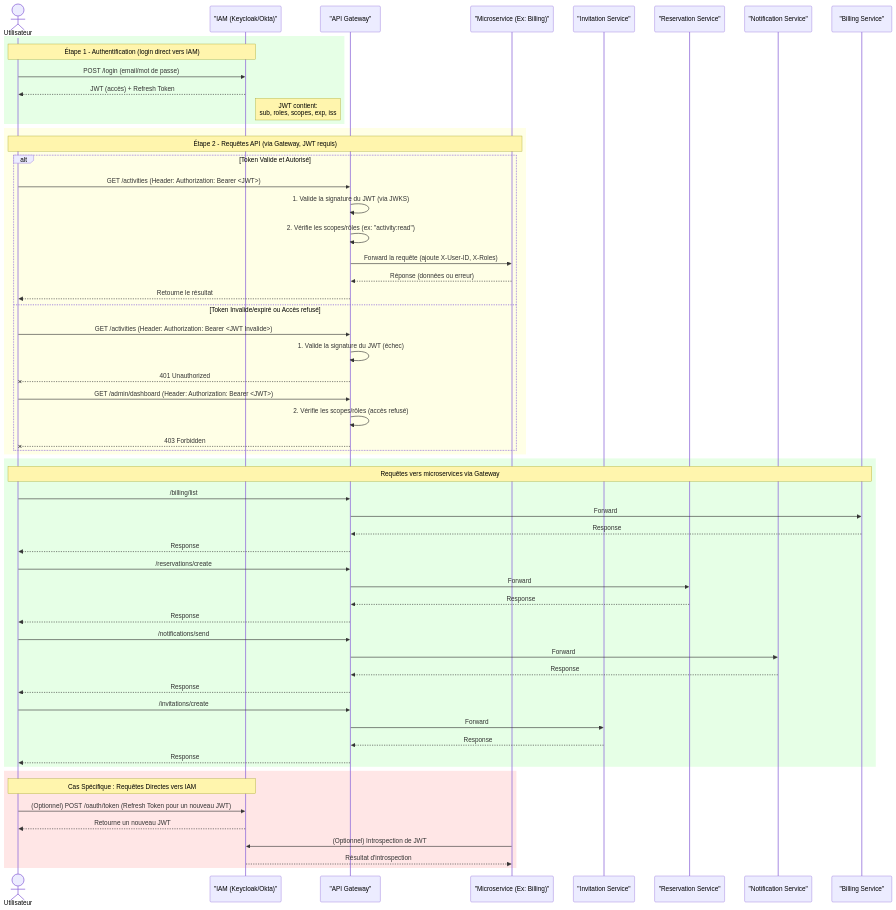
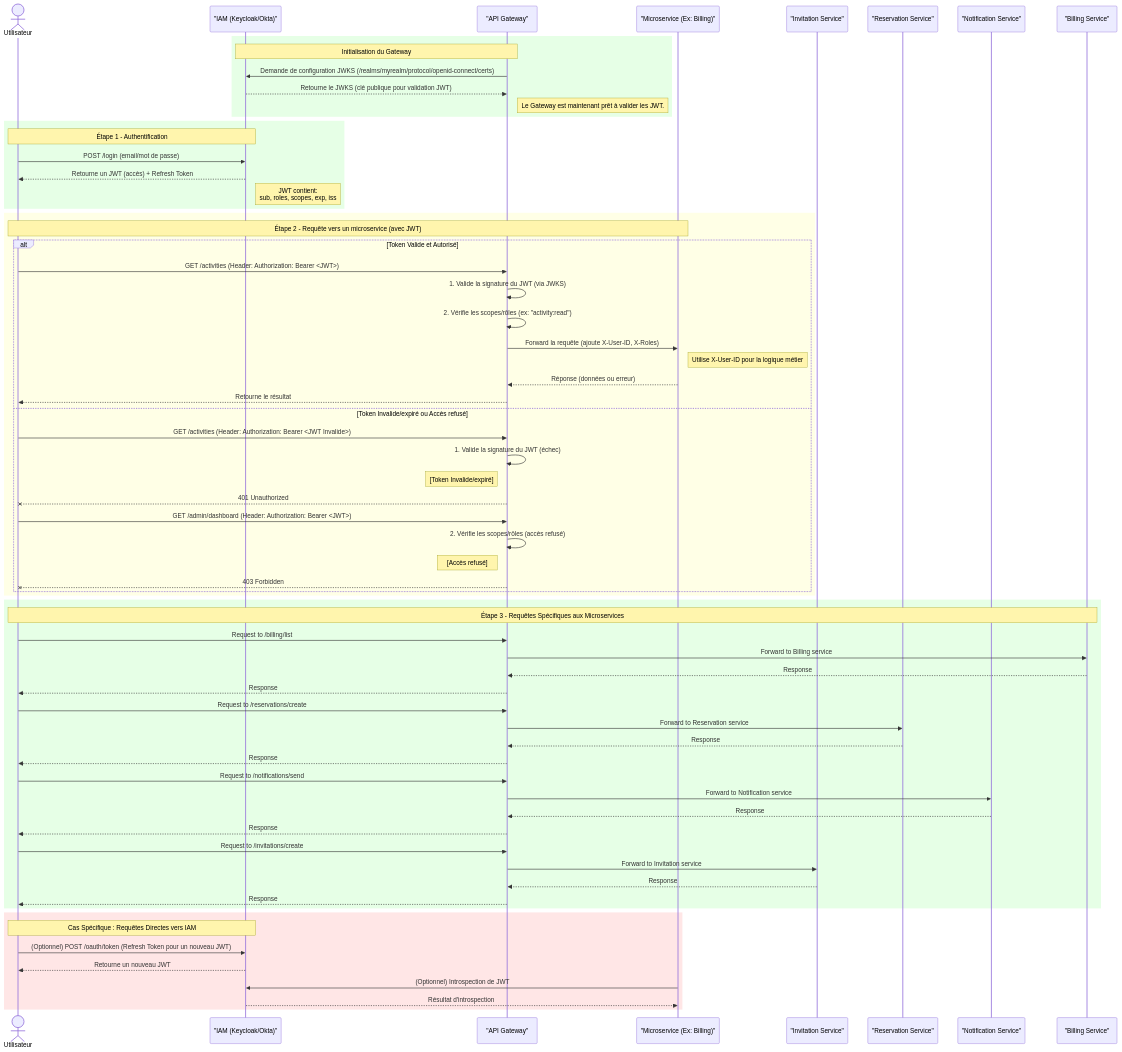
Before and after one commit to Project-In3-Uds/amcloud-gateway: the diagram in README.md, drawn with Mermaid.

Commit message:
update readme file

```diff
--- a/README.md
+++ b/README.md
@@ -115,61 +113,72 @@
     participant Notification as "Notification Service"
     participant Billing as "Billing Service"
 
-    %% Authentification - direct vers IAM
+    %% Initialisation du Gateway
     rect rgb(230, 255, 230)
-        Note over Utilisateur, IAM: Étape 1 - Authentification (login direct vers IAM)
+        Note over Gateway, IAM: Initialisation du Gateway
+        Gateway->>IAM: Demande de configuration JWKS (/realms/myrealm/protocol/openid-connect/certs)
+        IAM-->>Gateway: Retourne le JWKS (clé publique pour validation JWT)
+        Note right of Gateway: Le Gateway est maintenant prêt à valider les JWT.
+    end
+
+    %% Étape 1 - Authentification
+    rect rgb(230, 255, 230)
+        Note over Utilisateur, IAM: Étape 1 - Authentification
         Utilisateur->>IAM: POST /login (email/mot de passe)
-        IAM-->>Utilisateur: JWT (accès) + Refresh Token
+        IAM-->>Utilisateur: Retourne un JWT (accès) + Refresh Token
         Note right of IAM: JWT contient:<br>sub, roles, scopes, exp, iss
     end
 
-    %% Accès API via Gateway (JWT requis)
+    %% Étape 2 - Requête vers un microservice (avec JWT)
     rect rgb(255, 255, 230)
-        Note over Utilisateur, Microservice: Étape 2 - Requêtes API (via Gateway, JWT requis)
+        Note over Utilisateur, Microservice: Étape 2 - Requête vers un microservice (avec JWT)
 
         alt Token Valide et Autorisé
             Utilisateur->>Gateway: GET /activities (Header: Authorization: Bearer <JWT>)
             Gateway->>Gateway: 1. Valide la signature du JWT (via JWKS)
             Gateway->>Gateway: 2. Vérifie les scopes/rôles (ex: "activity:read")
             Gateway->>Microservice: Forward la requête (ajoute X-User-ID, X-Roles)
+            Note right of Microservice: Utilise X-User-ID pour la logique métier
             Microservice-->>Gateway: Réponse (données ou erreur)
             Gateway-->>Utilisateur: Retourne le résultat
         else Token Invalide/expiré ou Accès refusé
             Utilisateur->>Gateway: GET /activities (Header: Authorization: Bearer <JWT Invalide>)
             Gateway->>Gateway: 1. Valide la signature du JWT (échec)
+            Note left of Gateway: [Token Invalide/expiré]
             Gateway--xUtilisateur: 401 Unauthorized
 
             Utilisateur->>Gateway: GET /admin/dashboard (Header: Authorization: Bearer <JWT>)
             Gateway->>Gateway: 2. Vérifie les scopes/rôles (accès refusé)
+            Note left of Gateway: [Accès refusé]
             Gateway--xUtilisateur: 403 Forbidden
         end
     end
 
-    %% Exemples de routage vers différents services via le Gateway
+    %% Étape 3 - Requêtes Spécifiques aux Microservices
     rect rgb(230, 255, 230)
-        Note over Utilisateur, Billing: Requêtes vers microservices via Gateway
-        Utilisateur->>Gateway: /billing/list
-        Gateway->>Billing: Forward
+        Note over Utilisateur, Billing: Étape 3 - Requêtes Spécifiques aux Microservices
+        Utilisateur->>Gateway: Request to /billing/list
+        Gateway->>Billing: Forward to Billing service
         Billing-->>Gateway: Response
         Gateway-->>Utilisateur: Response
 
-        Utilisateur->>Gateway: /reservations/create
-        Gateway->>Reservation: Forward
+        Utilisateur->>Gateway: Request to /reservations/create
+        Gateway->>Reservation: Forward to Reservation service
         Reservation-->>Gateway: Response
         Gateway-->>Utilisateur: Response
 
-        Utilisateur->>Gateway: /notifications/send
-        Gateway->>Notification: Forward
+        Utilisateur->>Gateway: Request to /notifications/send
+        Gateway->>Notification: Forward to Notification service
         Notification-->>Gateway: Response
         Gateway-->>Utilisateur: Response
 
-        Utilisateur->>Gateway: /invitations/create
-        Gateway->>Invitation: Forward
+        Utilisateur->>Gateway: Request to /invitations/create
+        Gateway->>Invitation: Forward to Invitation service
         Invitation-->>Gateway: Response
         Gateway-->>Utilisateur: Response
     end
 
-    %% Cas Spécifique : Refresh Token ou introspection
+    %% Cas Spécifique : Requêtes Directes vers IAM
     rect rgb(255, 230, 230)
         Note over Utilisateur, IAM: Cas Spécifique : Requêtes Directes vers IAM
         Utilisateur->>IAM: (Optionnel) POST /oauth/token (Refresh Token pour un nouveau JWT)
```
